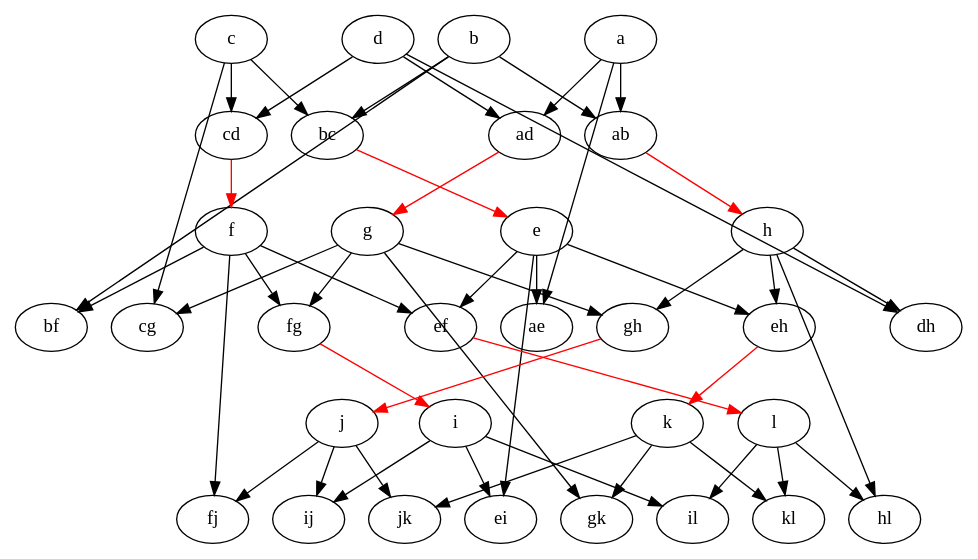
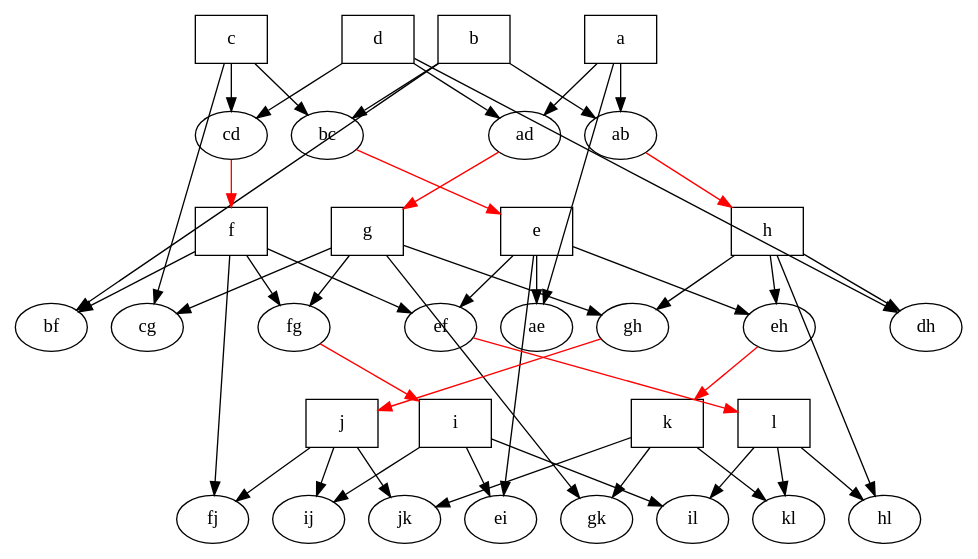
The diagram in assemblies/recursive.dot (ArdooTala/Recon_Clustering), drawn with Graphviz before and after one commit. The commit also changed 15 other files, not shown here.

Commit message:
Add graph generation methods

```diff
--- a/assemblies/recursive.dot
+++ b/assemblies/recursive.dot
@@ -1,26 +1,39 @@
 digraph RECURSIVE {
     splines=line;
+
+    a [shape=box]
+    b [shape=box]
+    c [shape=box]
+    d [shape=box]
+    e [shape=box]
+    f [shape=box]
+    g [shape=box]
+    h [shape=box]
+    i [shape=box]
+    j [shape=box]
+    k [shape=box]
+    l [shape=box]
 
     a -> {ab ad ae}
     b -> {ab bc bf}
     c -> {bc cd cg}
     d -> {cd ad dh}
     e -> {ef eh ae ei}
     f -> {ef fg bf fj}
     g -> {fg gh cg gk}
     h -> {eh gh hl dh}
     i -> {ij il ei}
     j -> {ij jk fj}
     k -> {jk kl gk}
     l -> {il kl hl}
 
     ab -> h [color=red]
     bc -> e [color=red]
     cd -> f [color=red]
     ad -> g [color=red]
 
     ef -> l [color=red]
     fg -> i [color=red]
     gh -> j [color=red]
     eh -> k [color=red]
 }
```
